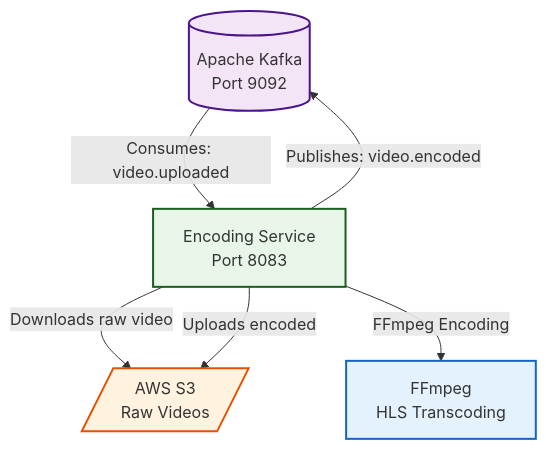
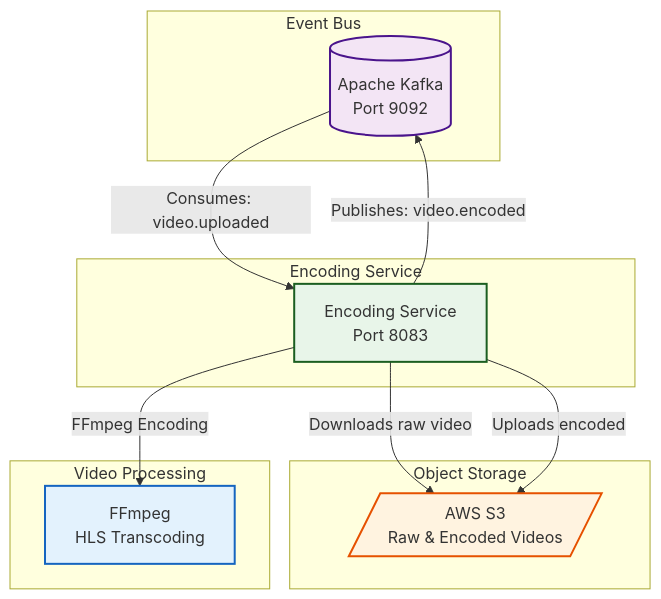
One commit to PagarciaSima/Netflix-Streaming-Spring-Boot-Micro-services changed the diagram in encoding-service/README.md. Above: the diagram before and after it, drawn with Mermaid. The commit also changed other lines of this file and 5 other files, not shown here.

````diff
--- a/encoding-service/README.md
+++ b/encoding-service/README.md
@@ -24,18 +24,34 @@
 ```mermaid
 graph TB
-    KAFKA[(Apache Kafka<br/>Port 9092)] -->|Consumes: video.uploaded| ES[Encoding Service<br/>Port 8083]
-    ES -->|Downloads raw video| S3[/AWS S3<br/>Raw Videos/]
-    ES -->|FFmpeg Encoding| FFmpeg[FFmpeg<br/>HLS Transcoding]
+    subgraph Event_Bus[Event Bus]
+        KAFKA[(Apache Kafka<br/>Port 9092)]
+    end
+
+    subgraph Encoding_Service[Encoding Service]
+        ES[Encoding Service<br/>Port 8083]
+    end
+
+    subgraph Storage[Object Storage]
+        S3[/AWS S3<br/>Raw & Encoded Videos/]
+    end
+
+    subgraph Processing[Video Processing]
+        FFMPEG[FFmpeg<br/>HLS Transcoding]
+    end
+
+    KAFKA -->|Consumes: video.uploaded| ES
+    ES -->|Downloads raw video| S3
+    ES -->|FFmpeg Encoding| FFMPEG
     ES -->|Uploads encoded| S3
     ES -->|Publishes: video.encoded| KAFKA
-    
+
     classDef service fill:#e8f5e9,stroke:#1b5e20,stroke-width:2px
     classDef storage fill:#fff3e0,stroke:#e65100,stroke-width:2px
     classDef messaging fill:#f3e5f5,stroke:#4a148c,stroke-width:2px
     classDef processing fill:#e3f2fd,stroke:#1565c0,stroke-width:2px
-    
+
     class ES service
     class S3 storage
     class KAFKA messaging
-    class FFmpeg processing
+    class FFMPEG processing
 ```
````
